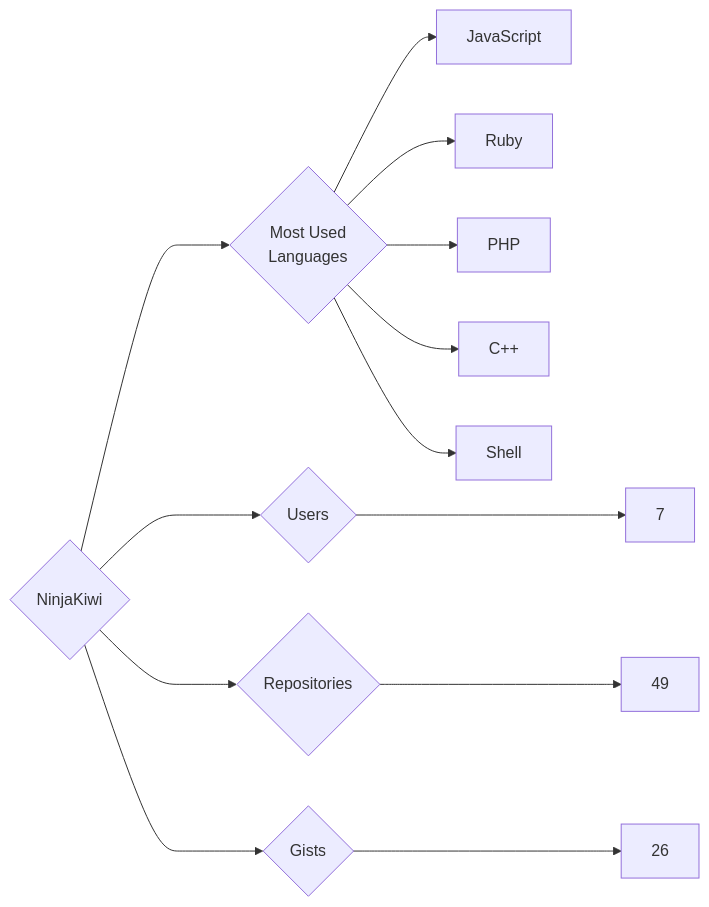
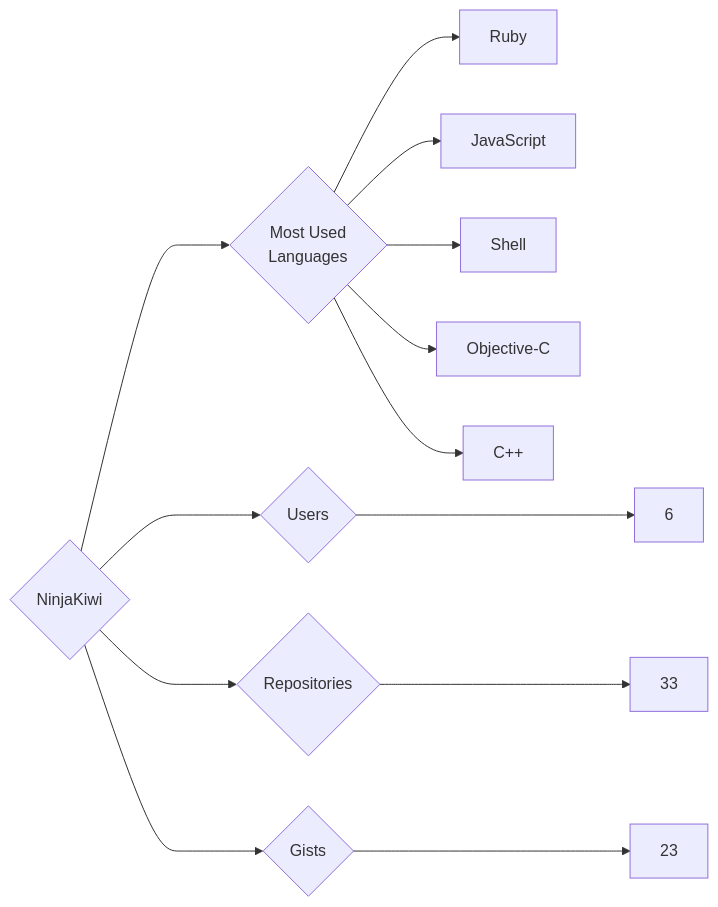
The diagram in targets/NinjaKiwi/README.md (trickest/insiders), drawn with Mermaid before and after one commit. The commit also changed 964 other files, not shown here.

````diff
--- a/targets/NinjaKiwi/README.md
+++ b/targets/NinjaKiwi/README.md
@@ -3,13 +3,13 @@
 ```mermaid
 graph LR
 COMPANY_NAME{NinjaKiwi}
-COMPANY_NAME ---> U{Users} ---> UN[7]
-COMPANY_NAME ---> R{Repositories} ---> RN[49]
-COMPANY_NAME ---> G{Gists} ---> GN[26]
+COMPANY_NAME ---> U{Users} ---> UN[6]
+COMPANY_NAME ---> R{Repositories} ---> RN[33]
+COMPANY_NAME ---> G{Gists} ---> GN[23]
 COMPANY_NAME ---> ML{Most Used<br>Languages}
+ML --> Ruby[Ruby]
 ML --> JavaScript[JavaScript]
-ML --> Ruby[Ruby]
-ML --> PHP[PHP]
+ML --> Shell[Shell]
+ML --> Objective-C[Objective-C]
 ML --> C++[C++]
-ML --> Shell[Shell]
 ```
````
